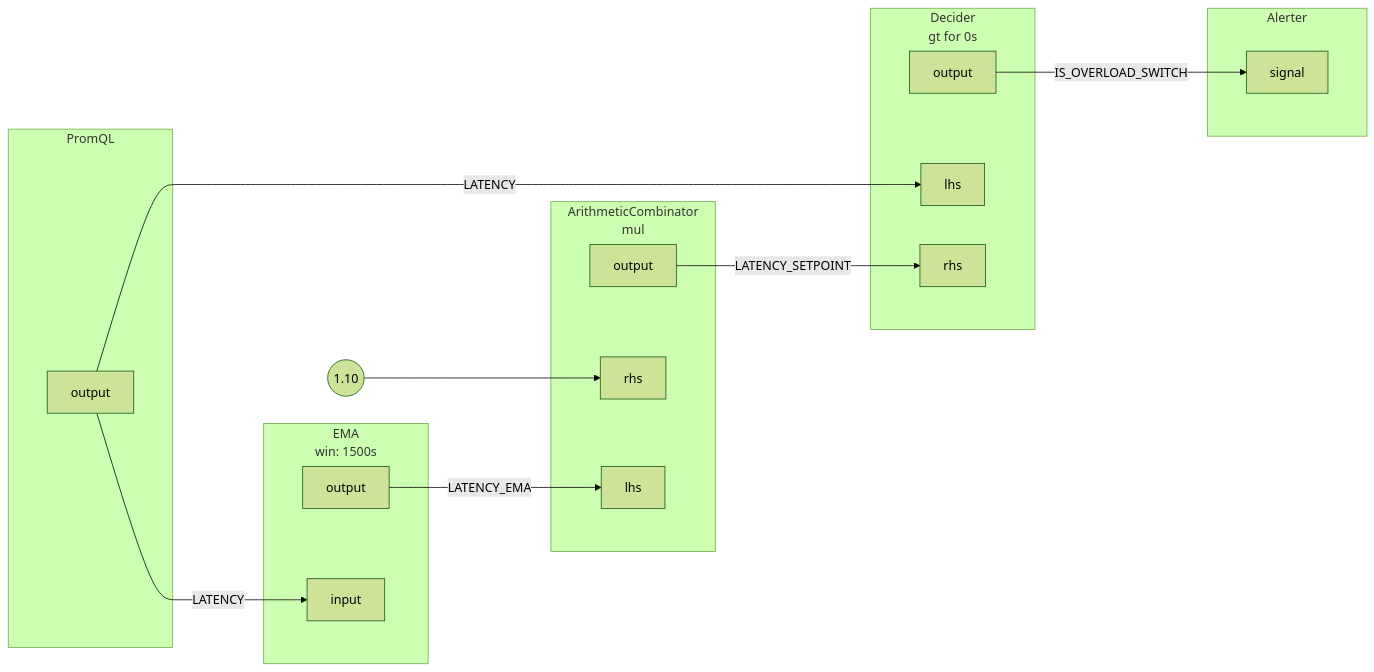
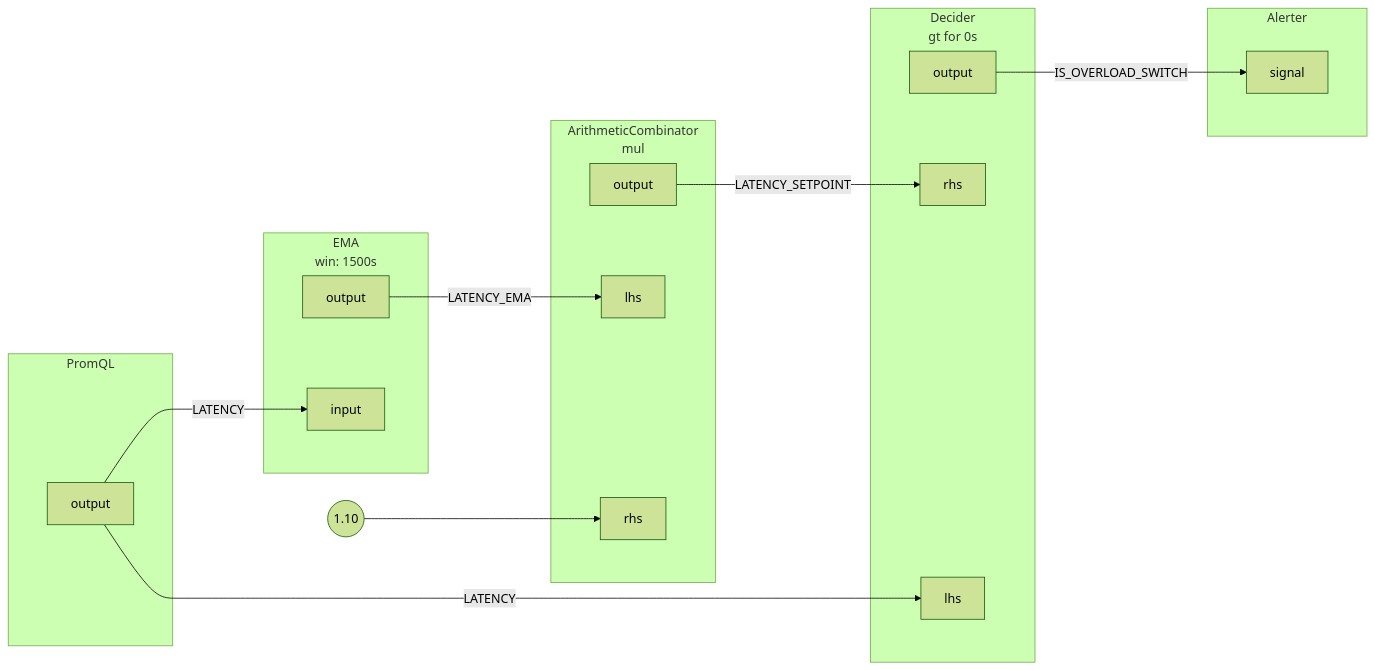
The diagram in docs/content/tutorials/signal-processing/assets/detecting-overload/detecting-overload.mmd (dataongunlaws/aperture), drawn with Mermaid (forest theme) before and after one commit. The commit also changed 262 other files, not shown here.

```diff
--- a/docs/content/tutorials/signal-processing/assets/detecting-overload/detecting-overload.mmd
+++ b/docs/content/tutorials/signal-processing/assets/detecting-overload/detecting-overload.mmd
@@ -1,52 +1,52 @@
 flowchart LR
-subgraph 0[PromQL]
-subgraph 0_outports[ ]
-style 0_outports fill:none,stroke:none
-0output[output]
+subgraph root.0[PromQL]
+subgraph root.0_outports[ ]
+style root.0_outports fill:none,stroke:none
+root.0output[output]
 end
 end
-subgraph 1[<center>EMA<br/>win: 1500s</center>]
-subgraph 1_inports[ ]
-style 1_inports fill:none,stroke:none
-1input[input]
+subgraph root.1[<center>EMA<br/>win: 1500s</center>]
+subgraph root.1_inports[ ]
+style root.1_inports fill:none,stroke:none
+root.1input[input]
 end
-subgraph 1_outports[ ]
-style 1_outports fill:none,stroke:none
-1output[output]
+subgraph root.1_outports[ ]
+style root.1_outports fill:none,stroke:none
+root.1output[output]
 end
 end
-subgraph 2[<center>ArithmeticCombinator<br/>mul</center>]
-subgraph 2_inports[ ]
-style 2_inports fill:none,stroke:none
-2rhs[rhs]
-2lhs[lhs]
+subgraph root.2[<center>ArithmeticCombinator<br/>mul</center>]
+subgraph root.2_inports[ ]
+style root.2_inports fill:none,stroke:none
+root.2lhs[lhs]
+root.2rhs[rhs]
 end
-subgraph 2_outports[ ]
-style 2_outports fill:none,stroke:none
-2output[output]
+subgraph root.2_outports[ ]
+style root.2_outports fill:none,stroke:none
+root.2output[output]
 end
 end
 FakeConstant0((1.10))
-FakeConstant0 --> 2rhs
-subgraph 3[<center>Decider<br/>gt for 0s</center>]
-subgraph 3_inports[ ]
-style 3_inports fill:none,stroke:none
-3lhs[lhs]
-3rhs[rhs]
+FakeConstant0 --> root.2rhs
+subgraph root.3[<center>Decider<br/>gt for 0s</center>]
+subgraph root.3_inports[ ]
+style root.3_inports fill:none,stroke:none
+root.3rhs[rhs]
+root.3lhs[lhs]
 end
-subgraph 3_outports[ ]
-style 3_outports fill:none,stroke:none
-3output[output]
+subgraph root.3_outports[ ]
+style root.3_outports fill:none,stroke:none
+root.3output[output]
 end
 end
-subgraph 4[Alerter]
-subgraph 4_inports[ ]
-style 4_inports fill:none,stroke:none
-4signal[signal]
+subgraph root.4[Alerter]
+subgraph root.4_inports[ ]
+style root.4_inports fill:none,stroke:none
+root.4signal[signal]
 end
 end
-2output --> |LATENCY_SETPOINT| 3rhs
-3output --> |IS_OVERLOAD_SWITCH| 4signal
-0output --> |LATENCY| 1input
-0output --> |LATENCY| 3lhs
-1output --> |LATENCY_EMA| 2lhs
+root.0output --> |LATENCY| root.1input
+root.0output --> |LATENCY| root.3lhs
+root.1output --> |LATENCY_EMA| root.2lhs
+root.2output --> |LATENCY_SETPOINT| root.3rhs
+root.3output --> |IS_OVERLOAD_SWITCH| root.4signal
```
